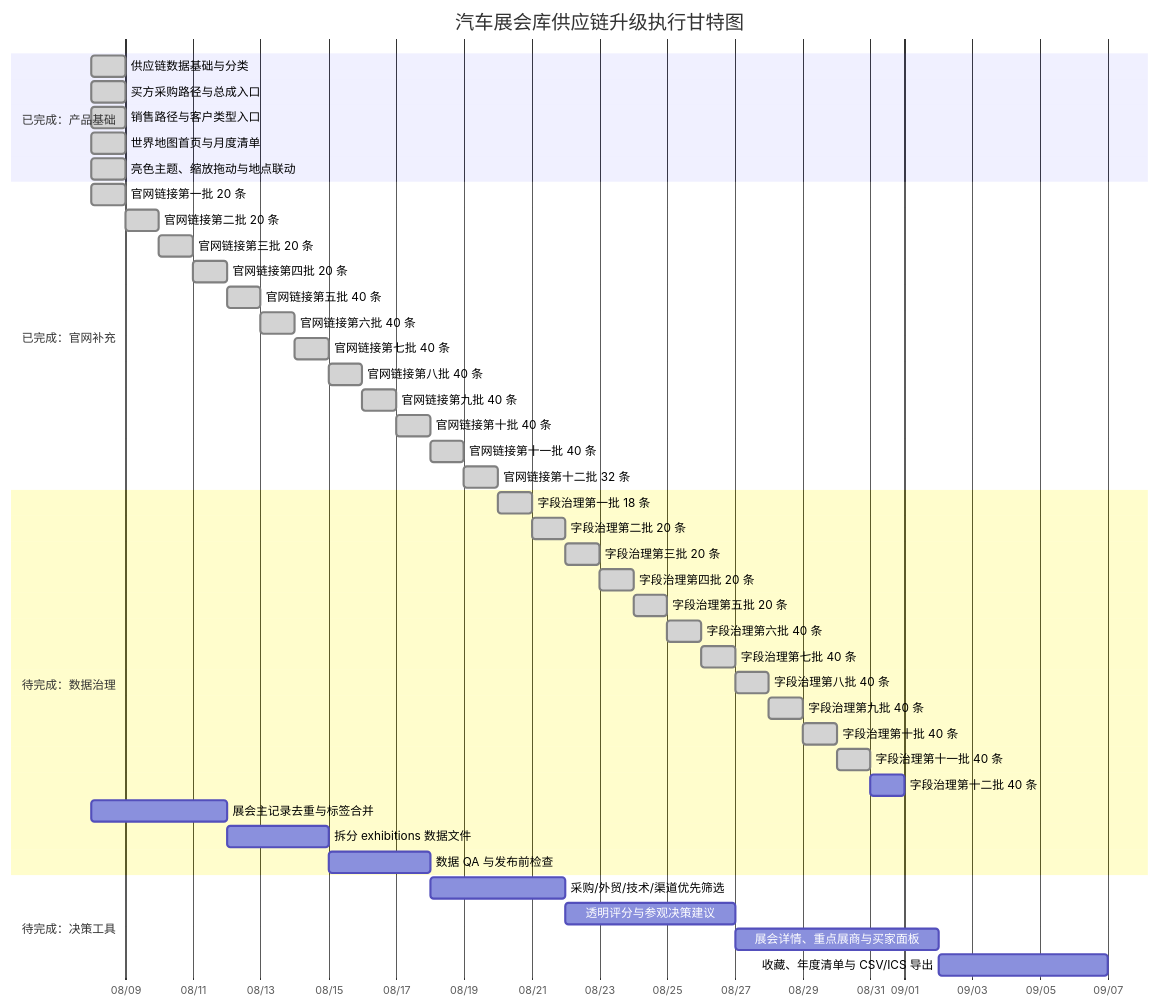
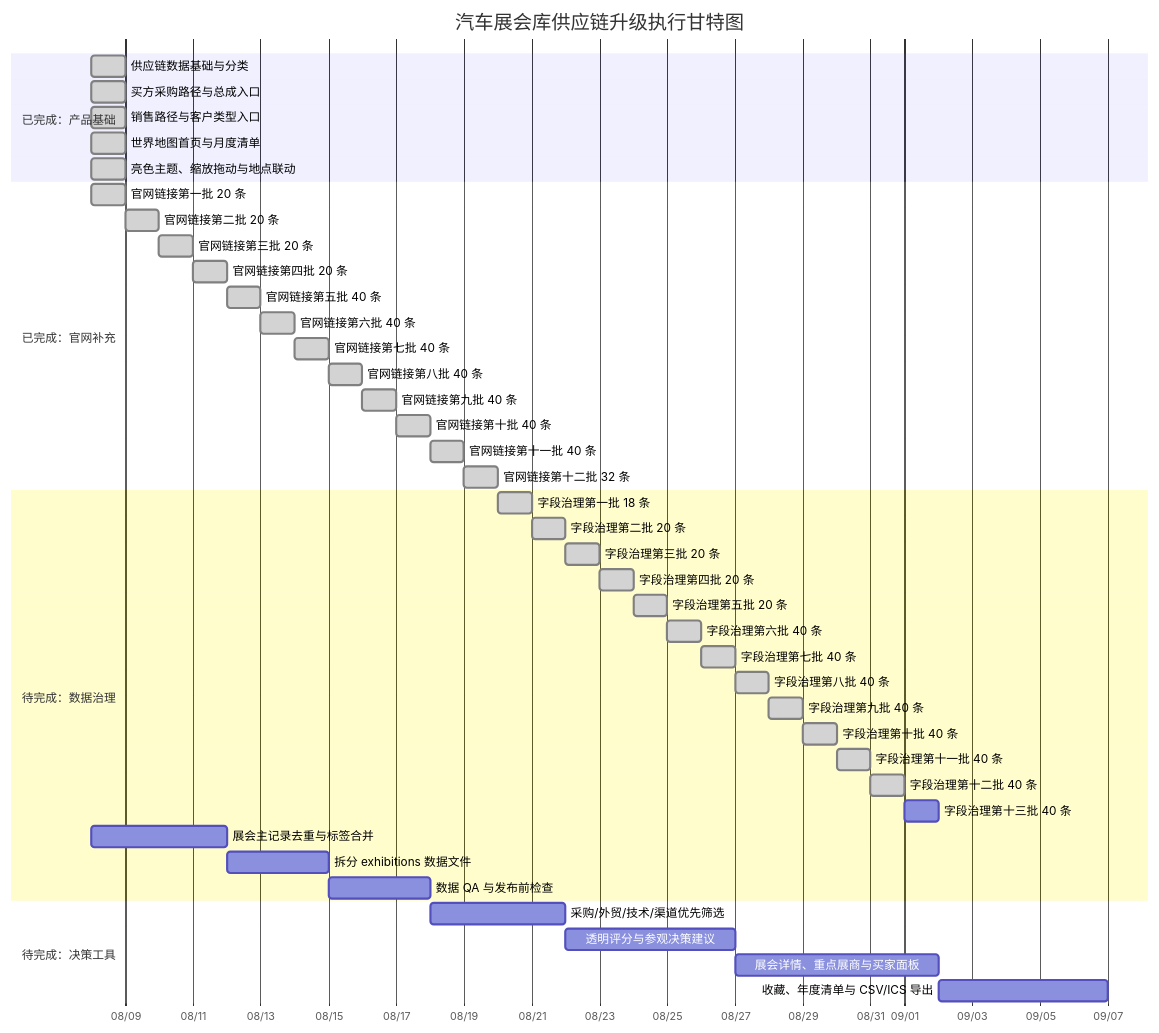
Before and after one commit to Cloudyluk/auto-expo: the diagram in docs/PROJECT_PROGRESS.md, drawn with Mermaid. The commit also changed other lines of this file and 3 other files, not shown here.

````diff
--- a/docs/PROJECT_PROGRESS.md
+++ b/docs/PROJECT_PROGRESS.md
@@ -20,46 +20,47 @@
 ```mermaid
 gantt
     title 汽车展会库供应链升级执行甘特图
     dateFormat  YYYY-MM-DD
     axisFormat  %m/%d
     section 已完成：产品基础
     供应链数据基础与分类             :done, foundation, 2026-08-08, 1d
     买方采购路径与总成入口           :done, buyer, 2026-08-08, 1d
     销售路径与客户类型入口           :done, seller, 2026-08-08, 1d
     世界地图首页与月度清单           :done, map, 2026-08-08, 1d
     亮色主题、缩放拖动与地点联动     :done, interaction, 2026-08-08, 1d
     section 已完成：官网补充
     官网链接第一批 20 条             :done, links1, 2026-08-08, 1d
     官网链接第二批 20 条             :done, links2, after links1, 1d
     官网链接第三批 20 条             :done, links3, after links2, 1d
     官网链接第四批 20 条             :done, links4, after links3, 1d
     官网链接第五批 40 条             :done, links5done, after links4, 1d
     官网链接第六批 40 条             :done, links6done, after links5done, 1d
     官网链接第七批 40 条             :done, links7done, after links6done, 1d
     官网链接第八批 40 条             :done, links8done, after links7done, 1d
     官网链接第九批 40 条             :done, links9done, after links8done, 1d
     官网链接第十批 40 条             :done, links10done, after links9done, 1d
     官网链接第十一批 40 条           :done, links11done, after links10done, 1d
     官网链接第十二批 32 条           :done, links12done, after links11done, 1d
     section 待完成：数据治理
     字段治理第一批 18 条             :done, fields1, after links12done, 1d
     字段治理第二批 20 条             :done, fields2, after fields1, 1d
     字段治理第三批 20 条             :done, fields3, after fields2, 1d
     字段治理第四批 20 条             :done, fields4, after fields3, 1d
     字段治理第五批 20 条             :done, fields5, after fields4, 1d
     字段治理第六批 40 条             :done, fields6, after fields5, 1d
     字段治理第七批 40 条             :done, fields7, after fields6, 1d
     字段治理第八批 40 条             :done, fields8, after fields7, 1d
     字段治理第九批 40 条             :done, fields9, after fields8, 1d
     字段治理第十批 40 条             :done, fields10, after fields9, 1d
     字段治理第十一批 40 条           :done, fields11, after fields10, 1d
-    字段治理第十二批 40 条           :fields12, after fields11, 1d
+    字段治理第十二批 40 条           :done, fields12, after fields11, 1d
+    字段治理第十三批 40 条           :fields13, after fields12, 1d
     展会主记录去重与标签合并         :dedupe, after fields, 4d
     拆分 exhibitions 数据文件        :split, after dedupe, 3d
     数据 QA 与发布前检查              :qa, after split, 3d
     section 待完成：决策工具
     采购/外贸/技术/渠道优先筛选       :filters, after qa, 4d
     透明评分与参观决策建议           :score, after filters, 5d
     展会详情、重点展商与买家面板      :detail, after score, 6d
     收藏、年度清单与 CSV/ICS 导出     :plan, after detail, 5d
 ```
````
